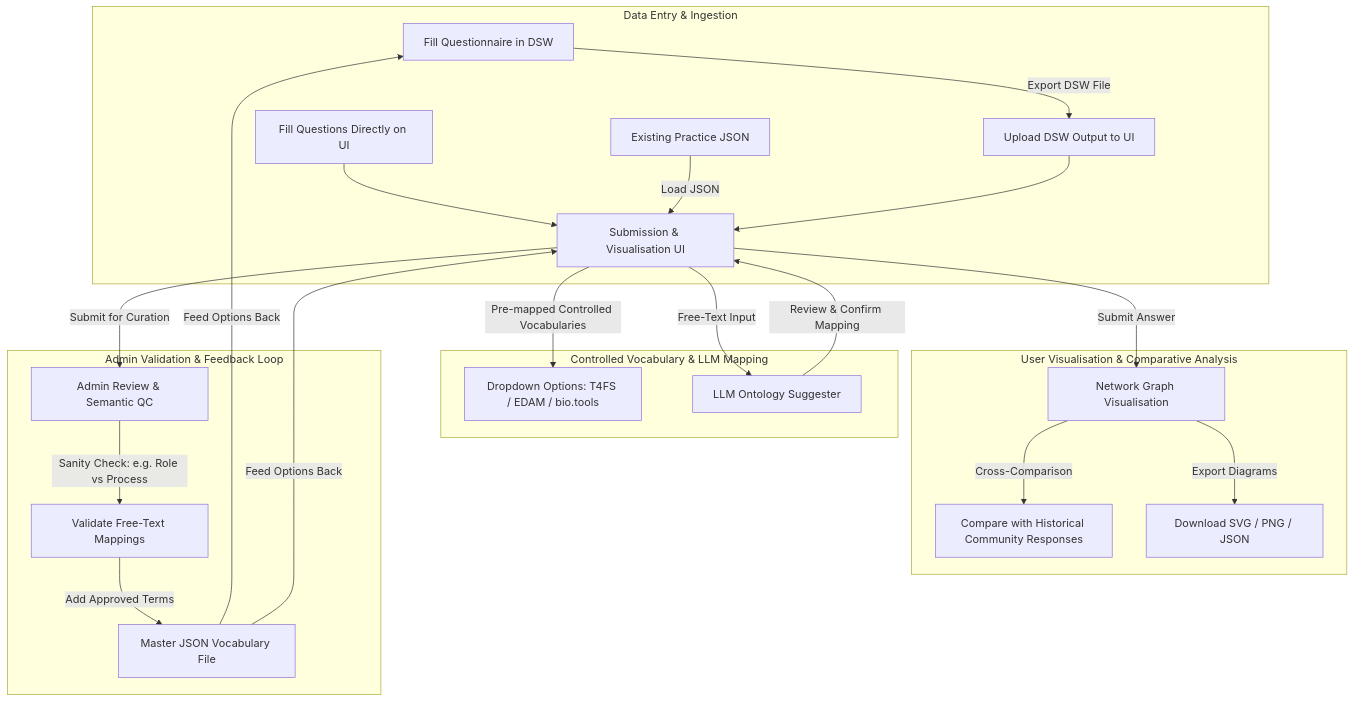
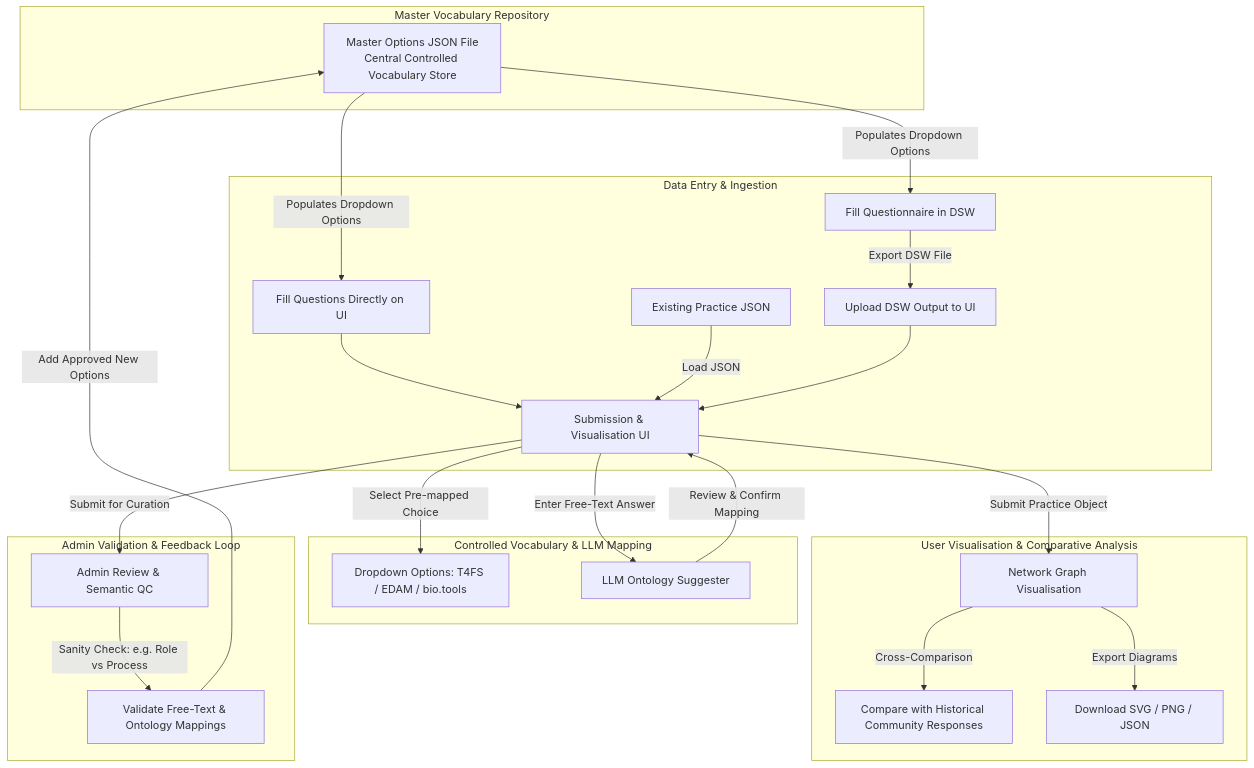
Before and after one commit to tabbassidaloii/elixir_biohackathon_2026_no5: the first of 2 diagrams in paper/paper.md, drawn with Mermaid.

Commit message:
Update mermaid diagram for data entry and validation

````diff
--- a/paper/paper.md
+++ b/paper/paper.md
@@ -55,29 +55,33 @@
 ```mermaid
 graph TD;
+    subgraph Master Vocabulary Repository
+        OPT[Master Options JSON File<br/>Central Controlled Vocabulary Store]
+    end
+
     subgraph Data Entry & Ingestion
-        A1[Fill Questionnaire in DSW] -->|Export DSW File| B1[Upload DSW Output to UI]
-        A2[Fill Questions Directly on UI] --> C[Submission & Visualisation UI]
+        OPT -->|Populates Dropdown Options| A1[Fill Questionnaire in DSW]
+        OPT -->|Populates Dropdown Options| A2[Fill Questions Directly on UI]
+        A1 -->|Export DSW File| B1[Upload DSW Output to UI]
+        A2 --> C[Submission & Visualisation UI]
         A3[Existing Practice JSON] -->|Load JSON| C
         B1 --> C
     end
 
     subgraph Controlled Vocabulary & LLM Mapping
-        C -->|Pre-mapped Controlled Vocabularies| D1[Dropdown Options: T4FS / EDAM / bio.tools]
-        C -->|Free-Text Input| D2[LLM Ontology Suggester]
+        C -->|Select Pre-mapped Choice| D1[Dropdown Options: T4FS / EDAM / bio.tools]
+        C -->|Enter Free-Text Answer| D2[LLM Ontology Suggester]
         D2 -->|Review & Confirm Mapping| C
     end
 
     subgraph User Visualisation & Comparative Analysis
-        C -->|Submit Answer| E1[Network Graph Visualisation]
+        C -->|Submit Practice Object| E1[Network Graph Visualisation]
         E1 -->|Cross-Comparison| E2[Compare with Historical Community Responses]
         E1 -->|Export Diagrams| E3[Download SVG / PNG / JSON]
     end
 
     subgraph Admin Validation & Feedback Loop
         C -->|Submit for Curation| F1[Admin Review & Semantic QC]
-        F1 -->|Sanity Check: e.g. Role vs Process| F2[Validate Free-Text Mappings]
-        F2 -->|Add Approved Terms| F3[Master JSON Vocabulary File]
-        F3 -->|Feed Options Back| A1
-        F3 -->|Feed Options Back| C
+        F1 -->|Sanity Check: e.g. Role vs Process| F2[Validate Free-Text & Ontology Mappings]
+        F2 -->|Add Approved New Options| OPT
     end
 ```
````
